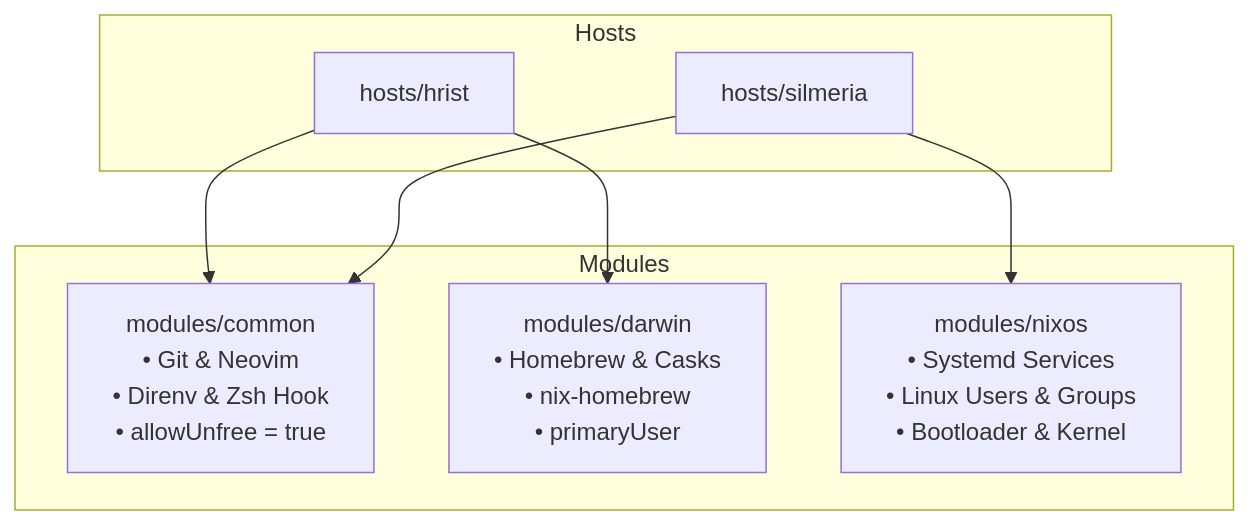
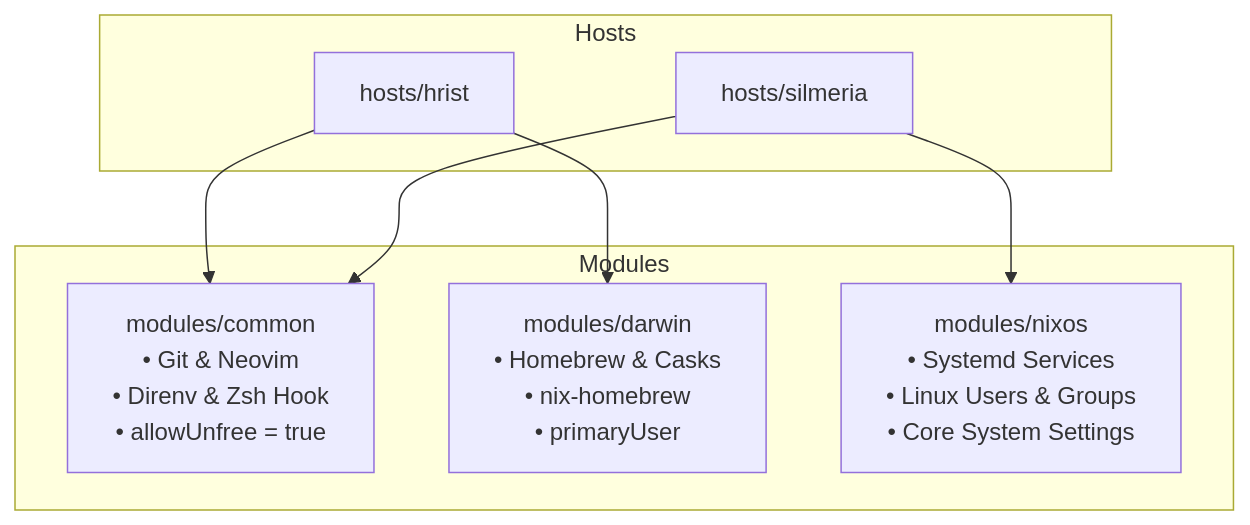
Before and after one commit to mikaelsouza/nix-server: the diagram in README.md, drawn with Mermaid. The commit also changed other lines of this file and 3 other files, not shown here.

````diff
--- a/README.md
+++ b/README.md
@@ -71,18 +74,18 @@
 ```mermaid
 graph TD
     subgraph Hosts
         H1[hosts/hrist]
         H2[hosts/silmeria]
     end
 
     subgraph Modules
         MC[modules/common<br/>• Git & Neovim<br/>• Direnv & Zsh Hook<br/>• allowUnfree = true]
         MD[modules/darwin<br/>• Homebrew & Casks<br/>• nix-homebrew<br/>• primaryUser]
-        MN[modules/nixos<br/>• Systemd Services<br/>• Linux Users & Groups<br/>• Bootloader & Kernel]
+        MN[modules/nixos<br/>• Systemd Services<br/>• Linux Users & Groups<br/>• Core System Settings]
     end
 
     H1 --> MC
     H1 --> MD
     H2 --> MC
     H2 --> MN
 ```
````
